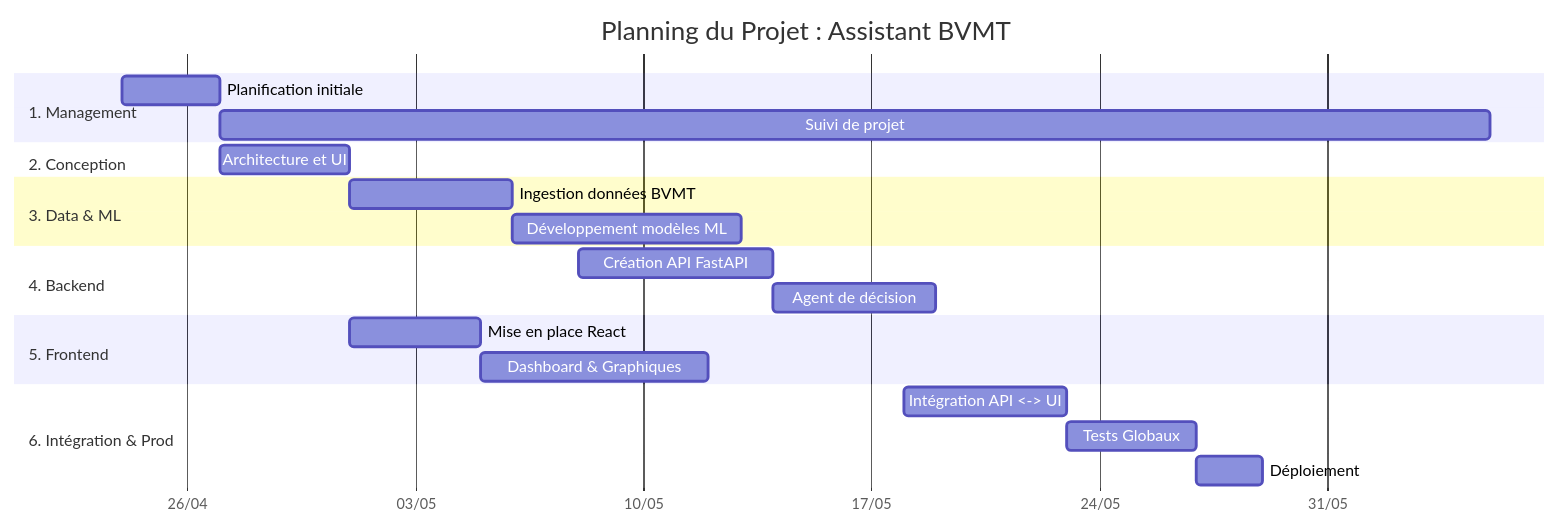
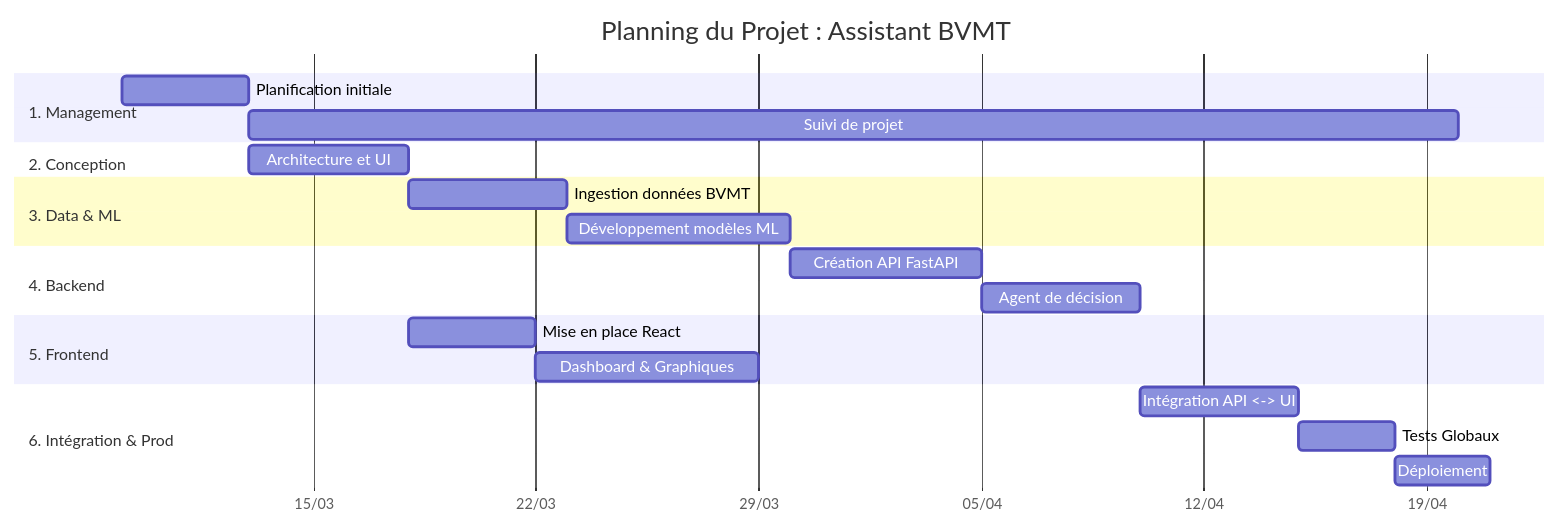
One commit to LtayefAhmed/Assistant_Intelligent_trading_bvmt changed the third of 3 diagrams in LIVRABLES_PLANIFICATION.md. Above: the diagram before and after it, drawn with Mermaid. The commit also changed other lines of this file, not shown here.

Commit message:
refactor: update project roadmap, timeline, Raci matrix, and risk management plan

````diff
--- a/LIVRABLES_PLANIFICATION.md
+++ b/LIVRABLES_PLANIFICATION.md
@@ -87,30 +87,30 @@
 ```mermaid
 gantt
     title Planning du Projet : Assistant BVMT
     dateFormat  YYYY-MM-DD
     axisFormat  %d/%m
     
     section 1. Management
-    Planification initiale       :a1, 2026-04-24, 3d
-    Suivi de projet              :a2, after a1, 39d
+    Planification initiale       :a1, 2026-03-09, 4d
+    Suivi de projet              :a2, after a1, 38d
     
     section 2. Conception
-    Architecture et UI           :b1, 2026-04-27, 4d
+    Architecture et UI           :b1, 2026-03-13, 5d
     
     section 3. Data & ML
-    Ingestion données BVMT       :c1, 2026-05-01, 5d
+    Ingestion données BVMT       :c1, 2026-03-18, 5d
     Développement modèles ML     :c2, after c1, 7d
     
     section 4. Backend
-    Création API FastAPI         :d1, 2026-05-08, 6d
+    Création API FastAPI         :d1, 2026-03-30, 6d
     Agent de décision            :d2, after d1, 5d
     
     section 5. Frontend
-    Mise en place React          :e1, 2026-05-01, 4d
+    Mise en place React          :e1, 2026-03-18, 4d
     Dashboard & Graphiques       :e2, after e1, 7d
     
     section 6. Intégration & Prod
-    Intégration API <-> UI       :f1, 2026-05-18, 5d
-    Tests Globaux                :f2, after f1, 4d
-    Déploiement                  :f3, after f2, 2d
+    Intégration API <-> UI       :f1, 2026-04-10, 5d
+    Tests Globaux                :f2, after f1, 3d
+    Déploiement                  :f3, after f2, 3d
 ```
````
